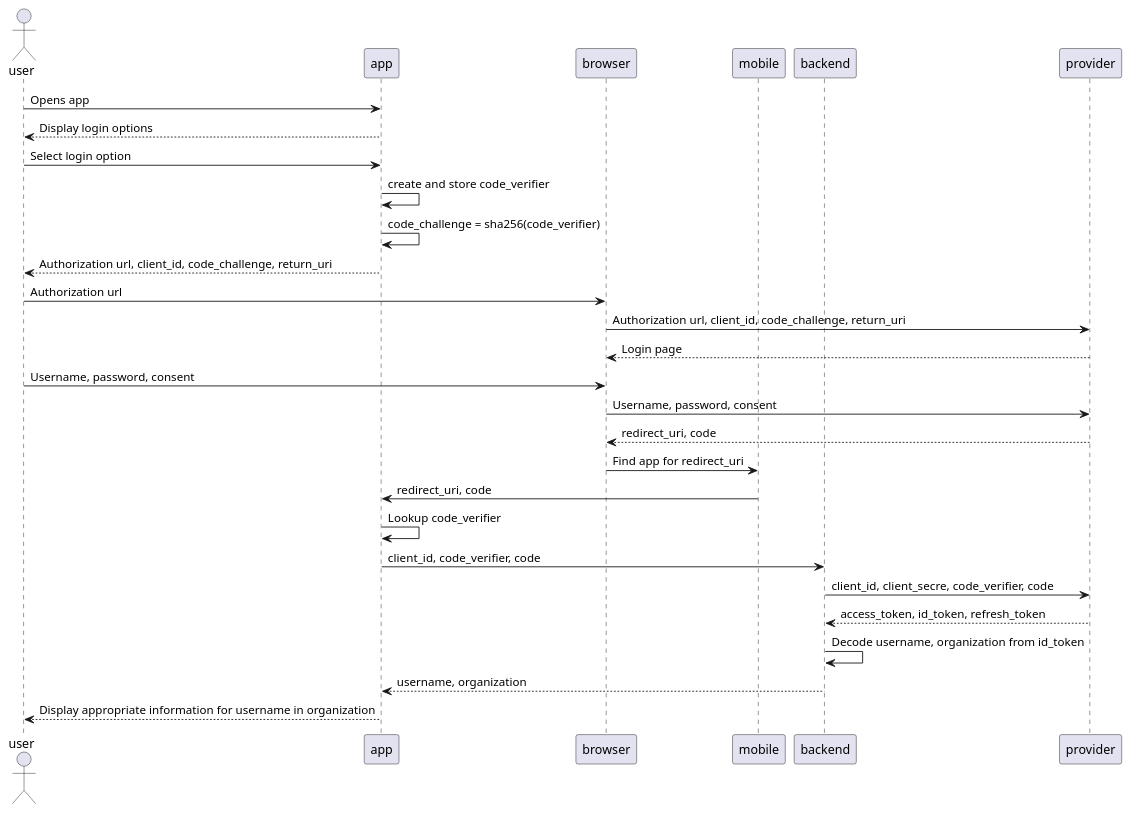
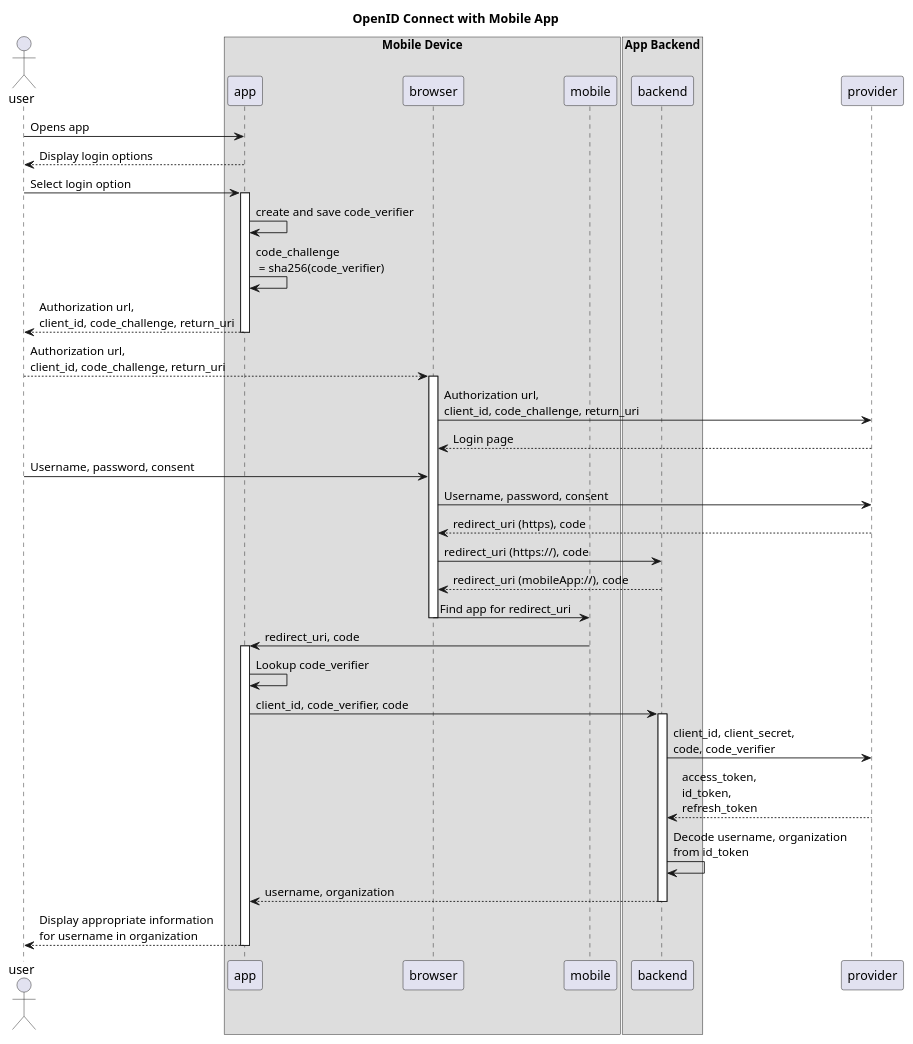
Before and after one commit to jhannes/react-native-oauth-demo: the diagram in doc/react-native-oauth2-sequence.puml, drawn with PlantUML. The commit also changed 2 other files, not shown here.

```diff
--- a/doc/react-native-oauth2-sequence.puml
+++ b/doc/react-native-oauth2-sequence.puml
@@ -1,32 +1,40 @@
 @startuml
 
+title OpenID Connect with Mobile App
+
 actor user
-participant app
-participant browser
-participant mobile
-participant backend
+box "Mobile Device"
+    participant app
+    participant browser
+    participant mobile
+end box
+box "App Backend"
+    participant backend
+end box
 participant provider
 
 user -> app: Opens app
 user <-- app: Display login options
-user -> app: Select login option
-app -> app: create and store code_verifier
-app -> app: code_challenge = sha256(code_verifier)
-user <-- app: Authorization url, client_id, code_challenge, return_uri
-user -> browser: Authorization url
-browser -> provider: Authorization url, client_id, code_challenge, return_uri
+user -> app ++: Select login option
+app -> app: create and save code_verifier
+app -> app: code_challenge \n = sha256(code_verifier)
+user <-- app --: Authorization url, \nclient_id, code_challenge, return_uri
+user --> browser ++: Authorization url, \nclient_id, code_challenge, return_uri
+browser -> provider: Authorization url, \nclient_id, code_challenge, return_uri
 browser <-- provider: Login page
 user -> browser: Username, password, consent
 browser -> provider: Username, password, consent
-browser <-- provider: redirect_uri, code
-browser -> mobile: Find app for redirect_uri
-mobile -> app: redirect_uri, code
+browser <-- provider: redirect_uri (https), code
+browser -> backend: redirect_uri (https://), code
+browser <-- backend: redirect_uri (mobileApp://), code
+browser -> mobile --: Find app for redirect_uri
+mobile -> app++: redirect_uri, code
 app -> app: Lookup code_verifier
-app -> backend: client_id, code_verifier, code
-backend -> provider: client_id, client_secre, code_verifier, code
-backend <-- provider: access_token, id_token, refresh_token
-backend -> backend: Decode username, organization from id_token
-app <-- backend: username, organization
-user <-- app: Display appropriate information for username in organization
+app -> backend ++: client_id, code_verifier, code
+backend -> provider: client_id, client_secret,\ncode, code_verifier
+backend <-- provider: access_token,\nid_token,\nrefresh_token
+backend -> backend: Decode username, organization\nfrom id_token
+app <-- backend --: username, organization
+user <-- app --: Display appropriate information\nfor username in organization
 
 @enduml
```
